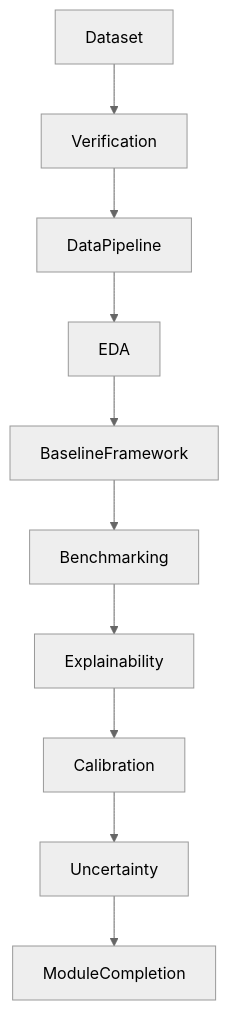
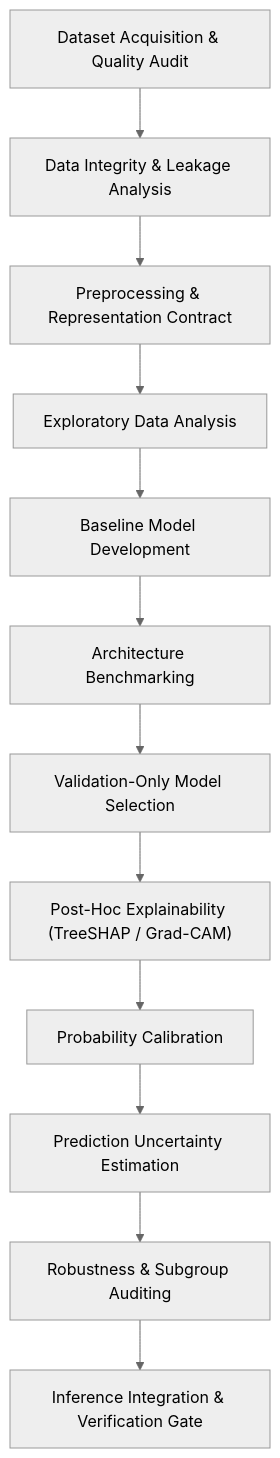
The second of 4 diagrams in docs/architecture.md (Dr-Venom29/FusionMedAI), drawn with Mermaid (neutral theme) before and after one commit. The commit also changed other lines of this file and 19 other files, not shown here.

Commit message:
feat(clinical): complete integration and end-to-end validation

````diff
--- a/docs/architecture.md
+++ b/docs/architecture.md
@@ -33,13 +42,15 @@
 ```mermaid
 flowchart TD
-    Dataset
-    --> Verification
-    --> DataPipeline
-    --> EDA
-    --> BaselineFramework
-    --> Benchmarking
-    --> Explainability
-    --> Calibration
-    --> Uncertainty
-    --> ModuleCompletion
+    Dataset["Dataset Acquisition & Quality Audit"]
+    --> Verification["Data Integrity & Leakage Analysis"]
+    --> DataPipeline["Preprocessing & Representation Contract"]
+    --> EDA["Exploratory Data Analysis"]
+    --> BaselineFramework["Baseline Model Development"]
+    --> Benchmarking["Architecture Benchmarking"]
+    --> ModelSelection["Validation-Only Model Selection"]
+    --> Explainability["Post-Hoc Explainability (TreeSHAP / Grad-CAM)"]
+    --> Calibration["Probability Calibration"]
+    --> Uncertainty["Prediction Uncertainty Estimation"]
+    --> Robustness["Robustness & Subgroup Auditing"]
+    --> Integration["Inference Integration & Verification Gate"]
 ```
````
